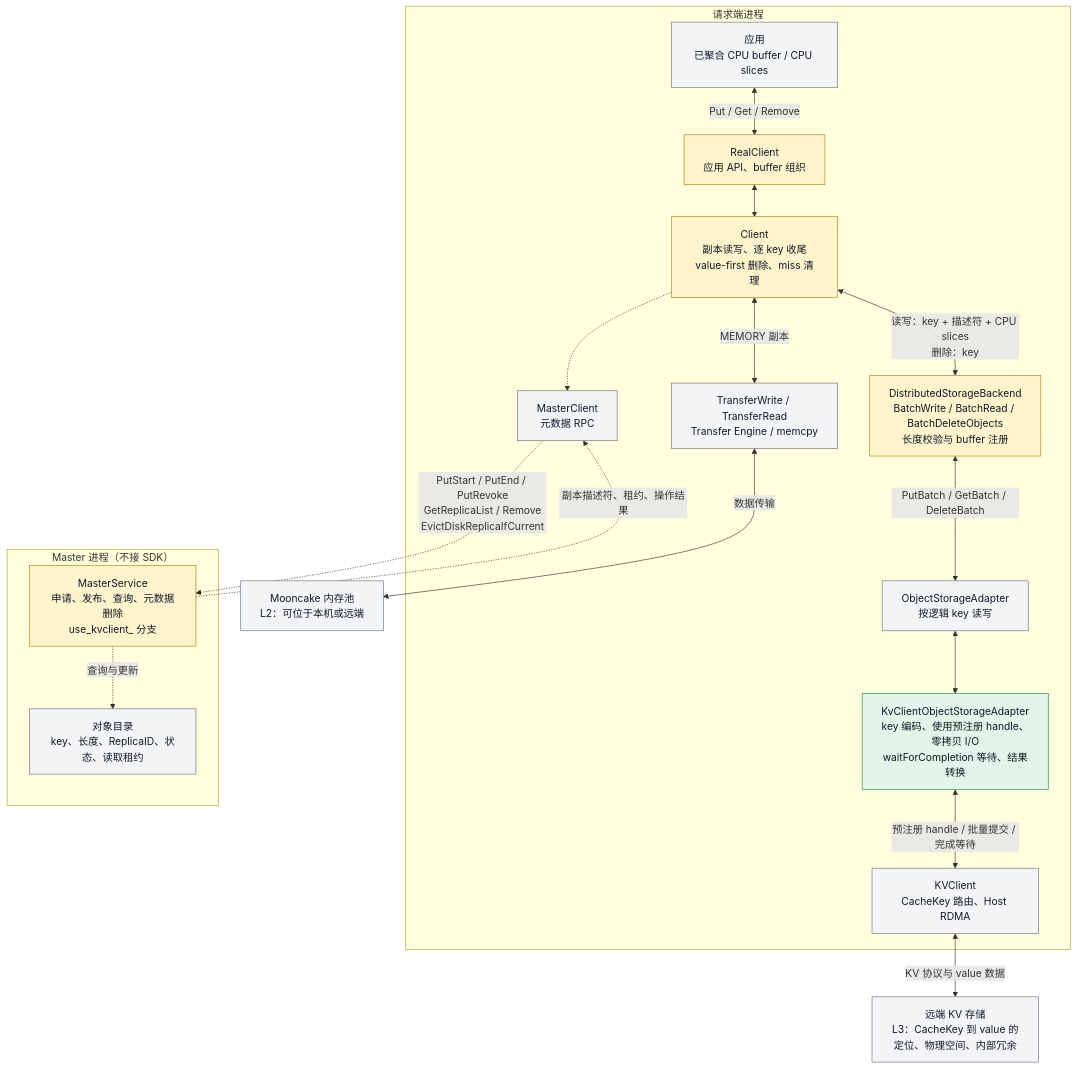
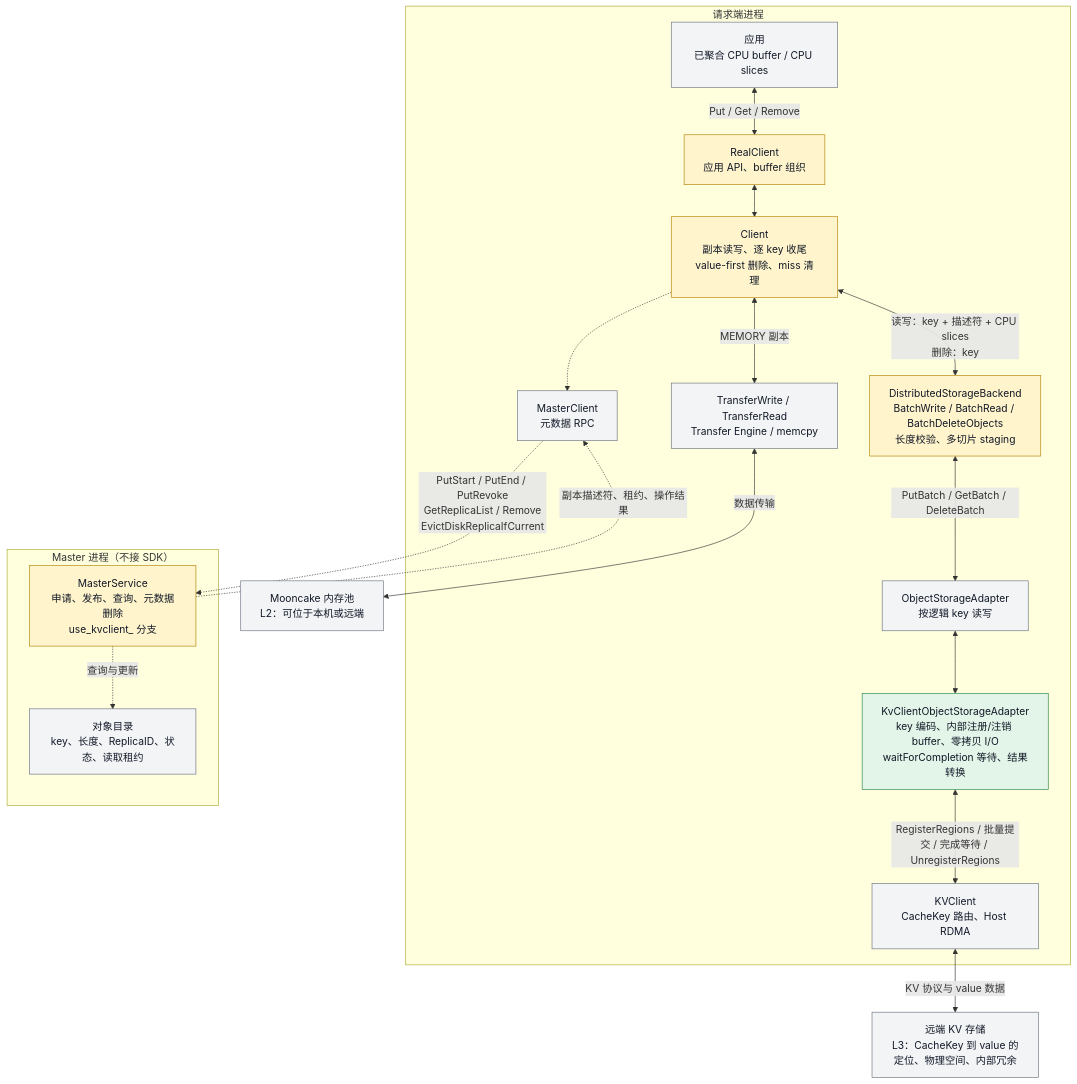
Before and after one commit to zwj20000328-dotcom/Mooncake-documents: the first of 13 diagrams in Mooncake + KVClient L3 接入（Kvcs）- v3.md, drawn with Mermaid. The commit also changed other lines of this file, not shown here.

````diff
--- a/Mooncake + KVClient L3 接入（Kvcs）- v3.md
+++ b/Mooncake + KVClient L3 接入（Kvcs）- v3.md
@@ -71,45 +140,45 @@
 ```mermaid
 flowchart TB
     subgraph Request["请求端进程"]
         A["应用<br/>已聚合 CPU buffer / CPU slices"]
         R["RealClient<br/>应用 API、buffer 组织"]
         C["Client<br/>副本读写、逐 key 收尾<br/>value-first 删除、miss 清理"]
         RPC["MasterClient<br/>元数据 RPC"]
         TE["TransferWrite / TransferRead<br/>Transfer Engine / memcpy"]
-        B["DistributedStorageBackend<br/>BatchWrite / BatchRead / BatchDeleteObjects<br/>长度校验与 buffer 注册"]
+        B["DistributedStorageBackend<br/>BatchWrite / BatchRead / BatchDeleteObjects<br/>长度校验、多切片 staging"]
         O["ObjectStorageAdapter<br/>按逻辑 key 读写"]
-        K["KvClientObjectStorageAdapter<br/>key 编码、使用预注册 handle、零拷贝 I/O<br/>waitForCompletion 等待、结果转换"]
+        K["KvClientObjectStorageAdapter<br/>key 编码、内部注册/注销 buffer、零拷贝 I/O<br/>waitForCompletion 等待、结果转换"]
         SDK["KVClient<br/>CacheKey 路由、Host RDMA"]
 
         A <-->|"Put / Get / Remove"| R
         R <--> C
         C -.-> RPC
         C <-->|"MEMORY 副本"| TE
         C <-->|"读写：key + 描述符 + CPU slices<br/>删除：key"| B
         B <-->|"PutBatch / GetBatch / DeleteBatch"| O
         O <--> K
-        K <-->|"预注册 handle / 批量提交 / 完成等待"| SDK
+        K <-->|"RegisterRegions / 批量提交 / 完成等待 / UnregisterRegions"| SDK
     end
 
     subgraph Master["Master 进程（不接 SDK）"]
         M["MasterService<br/>申请、发布、查询、元数据删除<br/>use_kvclient_ 分支"]
         META["对象目录<br/>key、长度、ReplicaID、状态、读取租约"]
 
         M -.->|"查询与更新"| META
     end
 
     RAM["Mooncake 内存池<br/>L2：可位于本机或远端"]
     S["远端 KV 存储<br/>L3：CacheKey 到 value 的定位、物理空间、内部冗余"]
 
     RPC -.->|"PutStart / PutEnd / PutRevoke<br/>GetReplicaList / Remove<br/>EvictDiskReplicaIfCurrent"| M
     M -.->|"副本描述符、租约、操作结果"| RPC
     TE <-->|"数据传输"| RAM
     SDK <-->|"KV 协议与 value 数据"| S
 
     classDef existing fill:#f3f4f6,stroke:#6b7280,color:#111827;
     classDef changed fill:#fff4cc,stroke:#b58105,color:#111827;
     classDef added fill:#e3f5e8,stroke:#28864b,color:#111827;
     class A,RPC,TE,O,META,RAM,S,SDK existing;
     class R,C,B,M changed;
     class K added;
 ```
````
